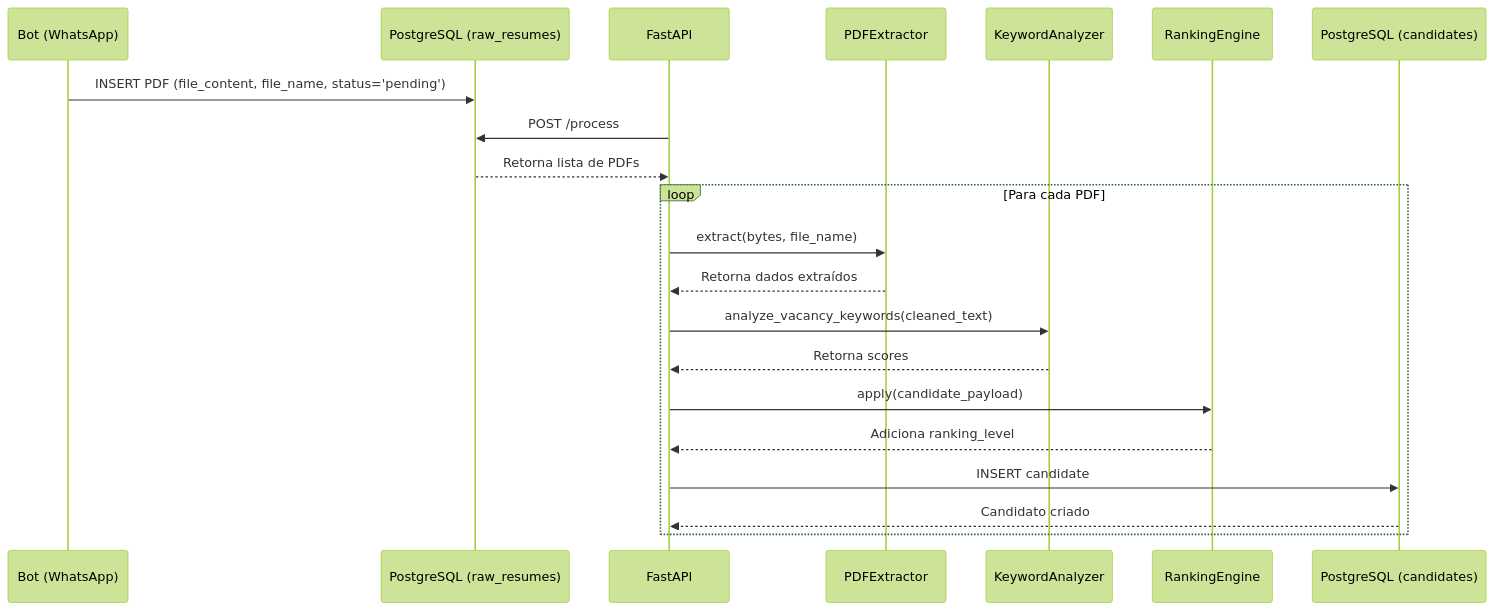
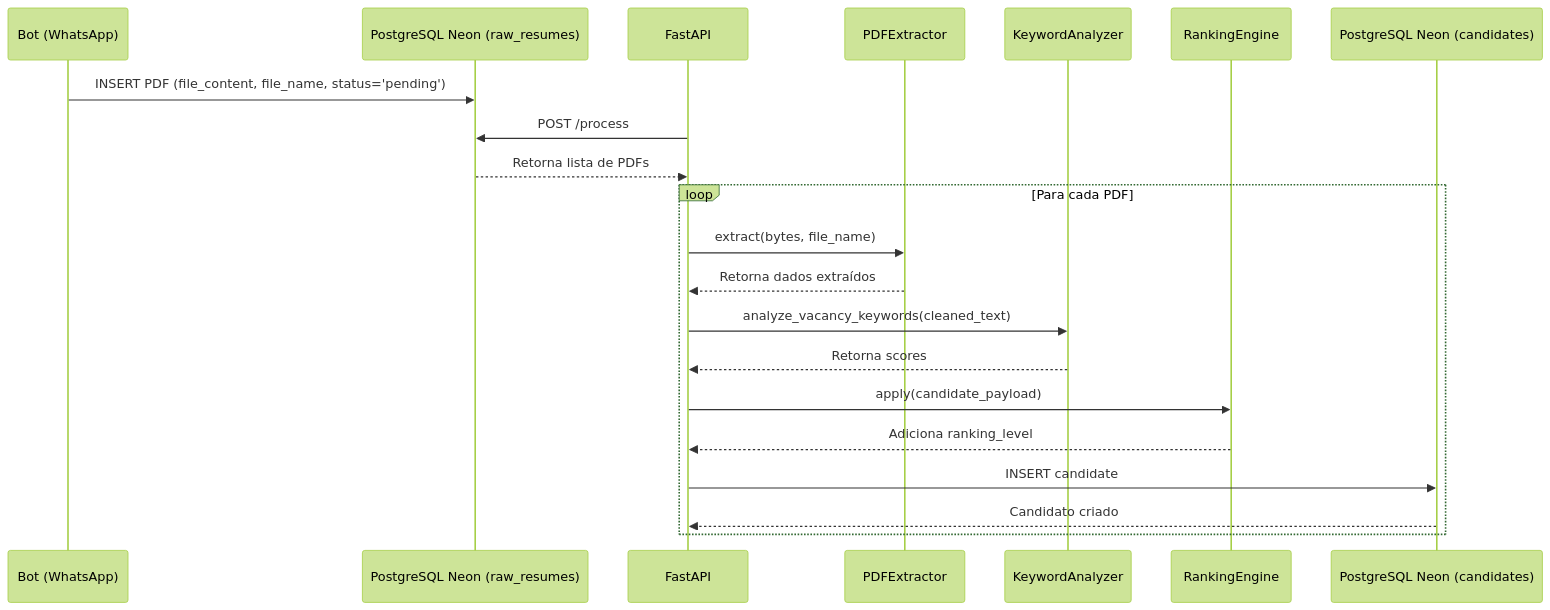
The diagram in docs/database/index.md (GPetrolini/curriculum-bot-ranker), drawn with Mermaid (forest theme) before and after one commit. The commit also changed other lines of this file and 3 other files, not shown here.

Commit message:
docs: reorganiza README e atualiza documentação com PostgreSQL Neon e instruções de testes

````diff
--- a/docs/database/index.md
+++ b/docs/database/index.md
@@ -18,24 +18,24 @@
 ```mermaid
 sequenceDiagram
     participant Bot as Bot (WhatsApp)
-    participant RawDB as PostgreSQL (raw_resumes)
+    participant RawDB as PostgreSQL Neon (raw_resumes)
     participant API as FastAPI
     participant Extractor as PDFExtractor
     participant Analyzer as KeywordAnalyzer
     participant Ranker as RankingEngine
-    participant CandDB as PostgreSQL (candidates)
+    participant CandDB as PostgreSQL Neon (candidates)
 
     Bot->>RawDB: INSERT PDF (file_content, file_name, status='pending')
     API->>RawDB: POST /process
     RawDB-->>API: Retorna lista de PDFs
     loop Para cada PDF
         API->>Extractor: extract(bytes, file_name)
         Extractor-->>API: Retorna dados extraídos
         API->>Analyzer: analyze_vacancy_keywords(cleaned_text)
         Analyzer-->>API: Retorna scores
         API->>Ranker: apply(candidate_payload)
         Ranker-->>API: Adiciona ranking_level
         API->>CandDB: INSERT candidate
         CandDB-->>API: Candidato criado
     end
 ```
````
